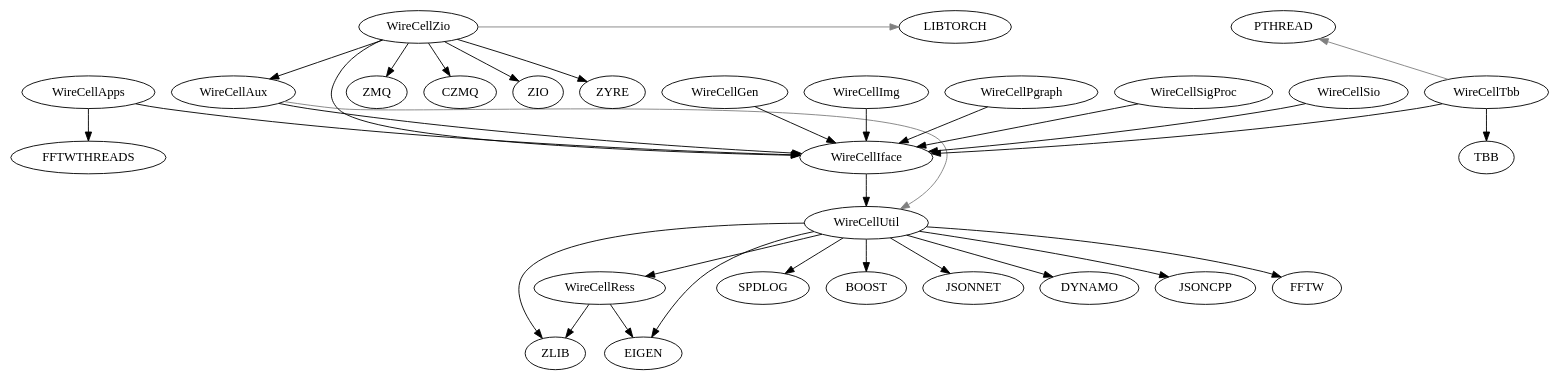
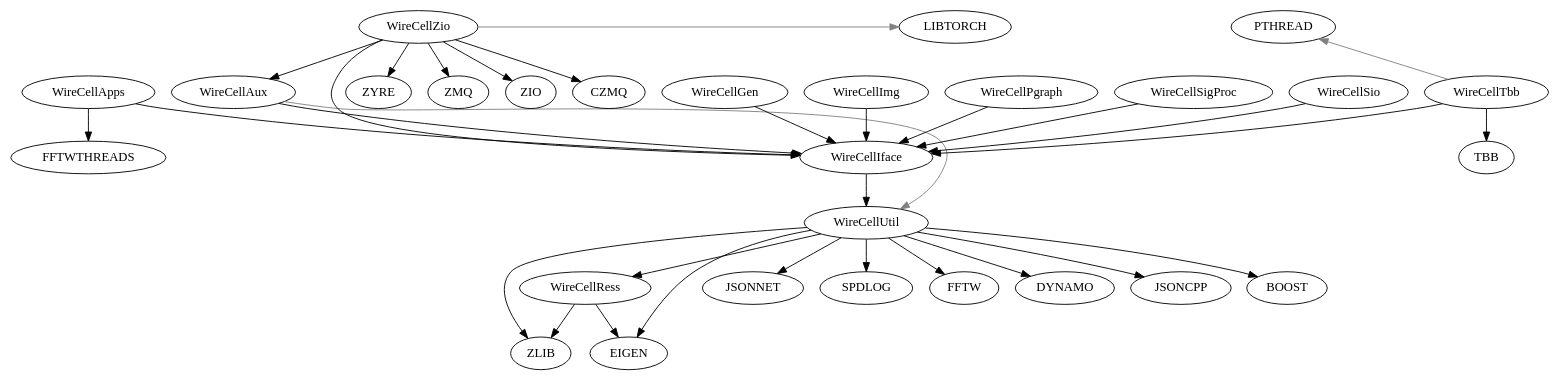
Before and after one commit to zhihuadong/wire-cell-toolkit: the diagram in wct-deps.dot, drawn with Graphviz. The commit also changed other lines of this file and 6 other files, not shown here.

Commit message:
Get flow test with giver -> middleman -> taker chain working

```diff
--- a/wct-deps.dot
+++ b/wct-deps.dot
@@ -1,45 +1,45 @@
 digraph deps {
 	"WireCellApps";
 	"WireCellAux";
 	"WireCellGen";
 	"WireCellIface";
 	"WireCellImg";
 	"WireCellPgraph";
 	"WireCellRess";
 	"WireCellSigProc";
 	"WireCellSio";
 	"WireCellTbb";
 	"WireCellUtil";
 	"WireCellZio";
 	"WireCellApps" -> "WireCellIface"[color="black"];
 	"WireCellApps" -> "FFTWTHREADS"[color="black"];
 	"WireCellAux" -> "WireCellIface"[color="black"];
 	"WireCellAux" -> "WireCellUtil"[color="gray",constraint=false];
 	"WireCellGen" -> "WireCellIface"[color="black"];
 	"WireCellIface" -> "WireCellUtil"[color="black"];
 	"WireCellImg" -> "WireCellIface"[color="black"];
 	"WireCellPgraph" -> "WireCellIface"[color="black"];
 	"WireCellRess" -> "ZLIB"[color="black"];
 	"WireCellRess" -> "EIGEN"[color="black"];
 	"WireCellSigProc" -> "WireCellIface"[color="black"];
 	"WireCellSio" -> "WireCellIface"[color="black"];
 	"WireCellTbb" -> "WireCellIface"[color="black"];
 	"WireCellTbb" -> "TBB"[color="black"];
 	"WireCellTbb" -> "PTHREAD"[color="gray",constraint=false];
+	"WireCellUtil" -> "JSONNET"[color="black"];
+	"WireCellUtil" -> "SPDLOG"[color="black"];
+	"WireCellUtil" -> "EIGEN"[color="black"];
+	"WireCellUtil" -> "WireCellRess"[color="black"];
+	"WireCellUtil" -> "FFTW"[color="black"];
 	"WireCellUtil" -> "ZLIB"[color="black"];
-	"WireCellUtil" -> "EIGEN"[color="black"];
-	"WireCellUtil" -> "SPDLOG"[color="black"];
-	"WireCellUtil" -> "BOOST"[color="black"];
-	"WireCellUtil" -> "WireCellRess"[color="black"];
-	"WireCellUtil" -> "JSONNET"[color="black"];
 	"WireCellUtil" -> "DYNAMO"[color="black"];
 	"WireCellUtil" -> "JSONCPP"[color="black"];
-	"WireCellUtil" -> "FFTW"[color="black"];
+	"WireCellUtil" -> "BOOST"[color="black"];
 	"WireCellZio" -> "WireCellAux"[color="black"];
+	"WireCellZio" -> "ZYRE"[color="black"];
 	"WireCellZio" -> "ZMQ"[color="black"];
+	"WireCellZio" -> "ZIO"[color="black"];
 	"WireCellZio" -> "WireCellIface"[color="black"];
 	"WireCellZio" -> "CZMQ"[color="black"];
-	"WireCellZio" -> "ZIO"[color="black"];
-	"WireCellZio" -> "ZYRE"[color="black"];
 	"WireCellZio" -> "LIBTORCH"[color="gray",constraint=false];
 }
```
